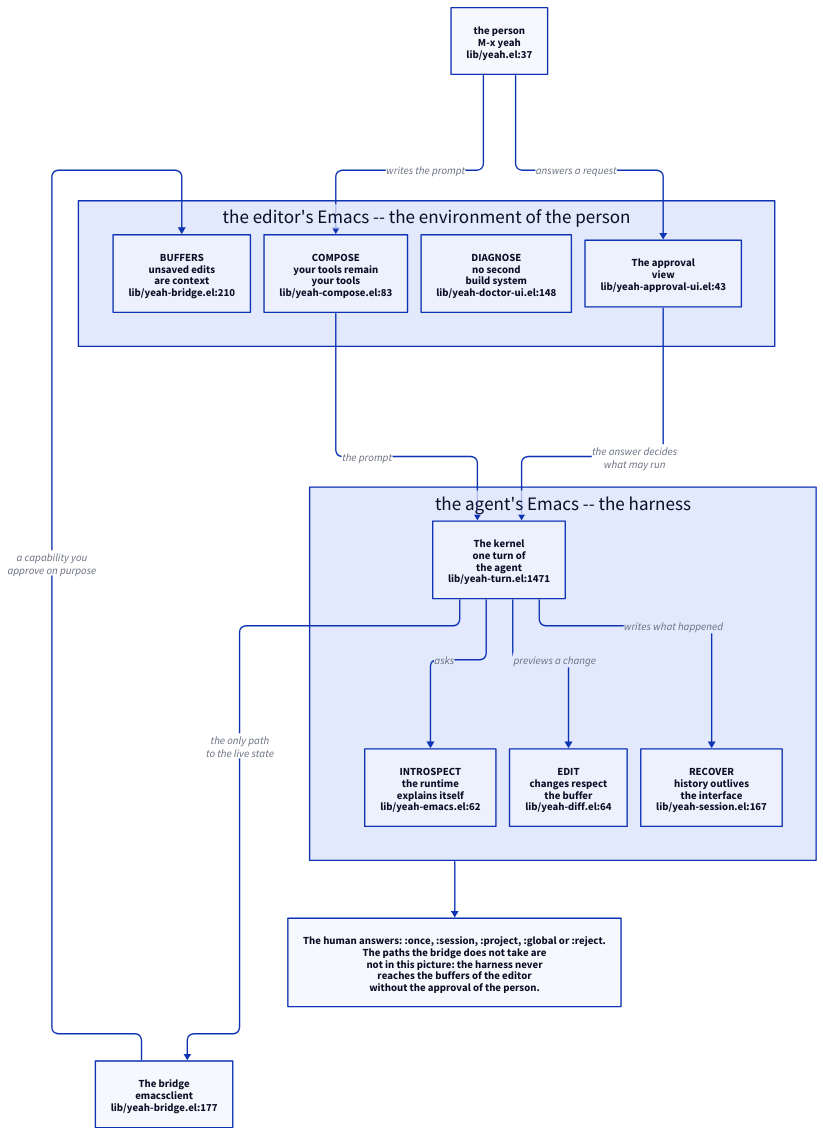
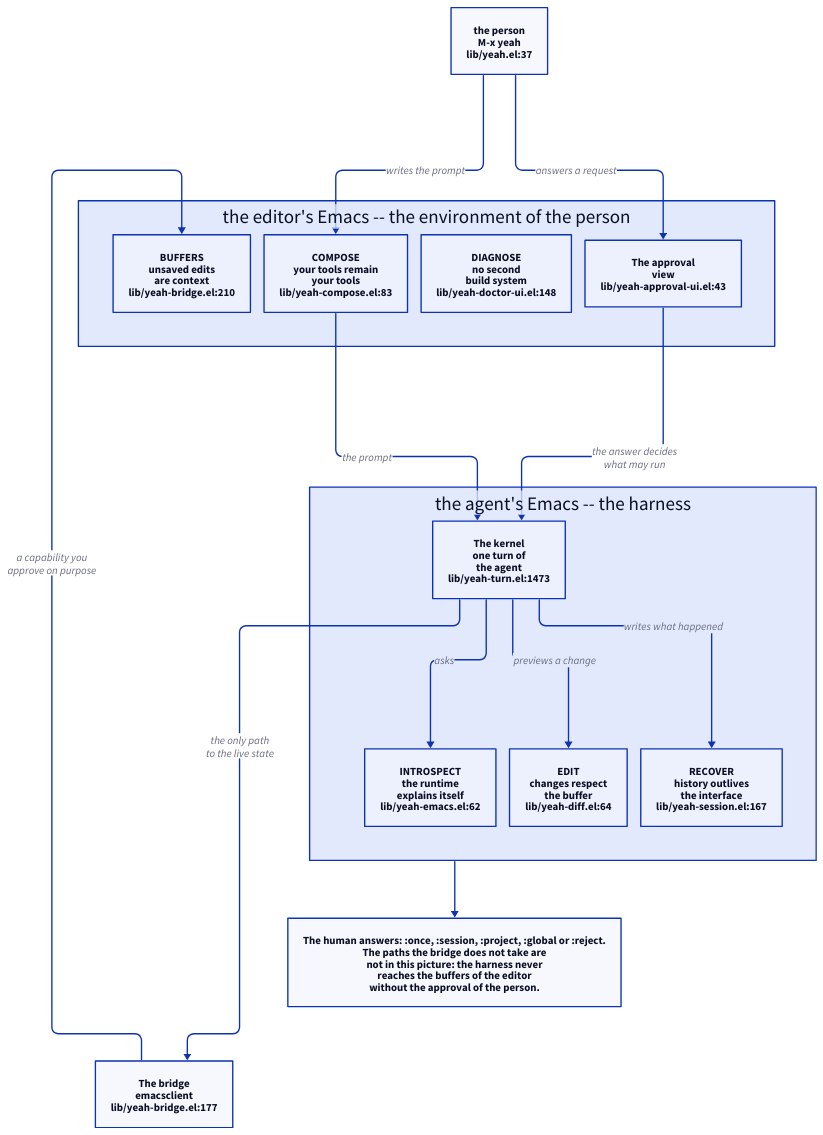
Before and after one commit to 11111000000/yeah: the diagram in site/diagrams/emacs-layer.d2, drawn with D2. The commit also changed 7 other files, not shown here.

Commit message:
fix(site): re-anchor turn diagram references

```diff
--- a/site/diagrams/emacs-layer.d2
+++ b/site/diagrams/emacs-layer.d2
@@ -1,93 +1,93 @@
 # The Emacs layer of Yeah: the person, the editor's Emacs, the agent's Emacs
 # and the bridge between them.
 #
 # The editor's Emacs is the environment of the person: their packages, their
 # configuration, their buffers.  The agent's Emacs is the harness: the kernel
 # of the agent runs there.  The bridge is the only path from the harness to
 # the live state of the editor's Emacs, and it is a capability the person
 # approves on purpose -- not a scraping of files and process output.
 #
 # The wire of the placement carries the prompt and the answer of the person;
 # the bridge carries the other way, from the harness to the live state.
 #
 # The six capabilities of the layer are the six points of the section of the
 # site that this picture belongs to: BUFFERS, INTROSPECT, EDIT, DIAGNOSE,
 # COMPOSE and RECOVER.  DIAGNOSE has two halves: the doctor the person runs
 # in the editor and the diagnostics the agent calls in the harness.
 #
 # Every block names the file that implements it, as `file:line'.
 
 direction: down
 
 # The engine of this one picture is elk: its layout stacks the editor's
 # leaves and the harness's leaves into columns that fit the column of the
 # page, and dagre spreads them into rows that the page would scale down
 # until the words of the picture are smaller than the words of the page.
 vars: {
   d2-config: {
     layout-engine: elk
   }
 }
 
 person: "the person\nM-x yeah\nlib/yeah.el:37"
 
 editor: "the editor's Emacs -- the environment of the person" {
   buffers: "BUFFERS\nunsaved edits\nare context\nlib/yeah-bridge.el:210"
   compose: "COMPOSE\nyour tools remain\nyour tools\nlib/yeah-compose.el:83"
   diagnose: "DIAGNOSE\nno second\nbuild system\nlib/yeah-doctor-ui.el:148"
   approval: "The approval\nview\nlib/yeah-approval-ui.el:43"
 }
 
 harness: "the agent's Emacs -- the harness" {
-  kernel: "The kernel\none turn of\nthe agent\nlib/yeah-turn.el:1471"
+  kernel: "The kernel\none turn of\nthe agent\nlib/yeah-turn.el:1473"
   introspect: "INTROSPECT\nthe runtime\nexplains itself\nlib/yeah-emacs.el:62"
   edit: "EDIT\nchanges respect\nthe buffer\nlib/yeah-diff.el:64"
   recover: "RECOVER\nhistory outlives\nthe interface\nlib/yeah-session.el:167"
 }
 
 bridge: "The bridge\nemacsclient\nlib/yeah-bridge.el:177" {
   class: subject
 }
 
 person -> editor.compose: {
   class: request
   label: "writes the prompt"
 }
 editor.compose -> harness.kernel: {
   class: request
   label: "the prompt"
 }
 person -> editor.approval: {
   class: answer
   label: "answers a request"
 }
 editor.approval -> harness.kernel: {
   class: answer
   label: "the answer decides\nwhat may run"
 }
 harness.kernel -> bridge: {
   class: capability
   label: "the only path\nto the live state"
 }
 bridge -> editor.buffers: {
   class: capability
   label: "a capability you\napprove on purpose"
 }
 harness.kernel -> harness.introspect: {
   class: flow
   label: "asks"
 }
 harness.kernel -> harness.edit: {
   class: flow
   label: "previews a change"
 }
 harness.kernel -> harness.recover: {
   class: write
   label: "writes what happened"
 }
 
 note: "The human answers: :once, :session, :project, :global or :reject.\nThe paths the bridge does not take are\nnot in this picture: the harness never\nreaches the buffers of the editor\nwithout the approval of the person."
 
 harness -> note: {
   class: hidden
 }
```
